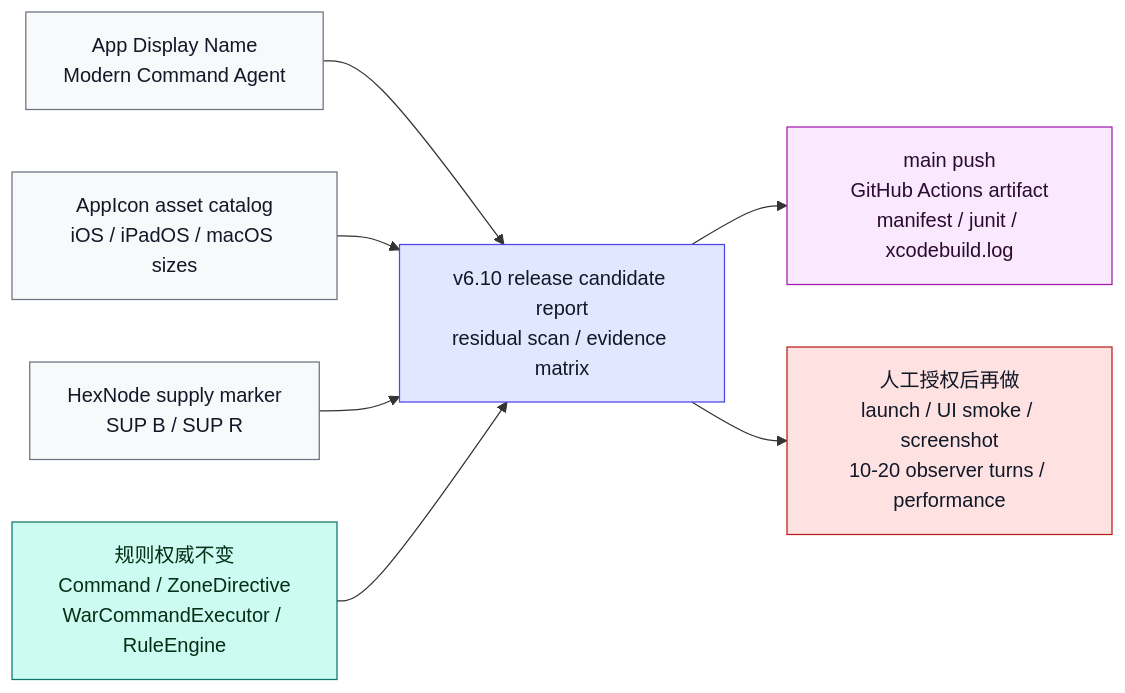
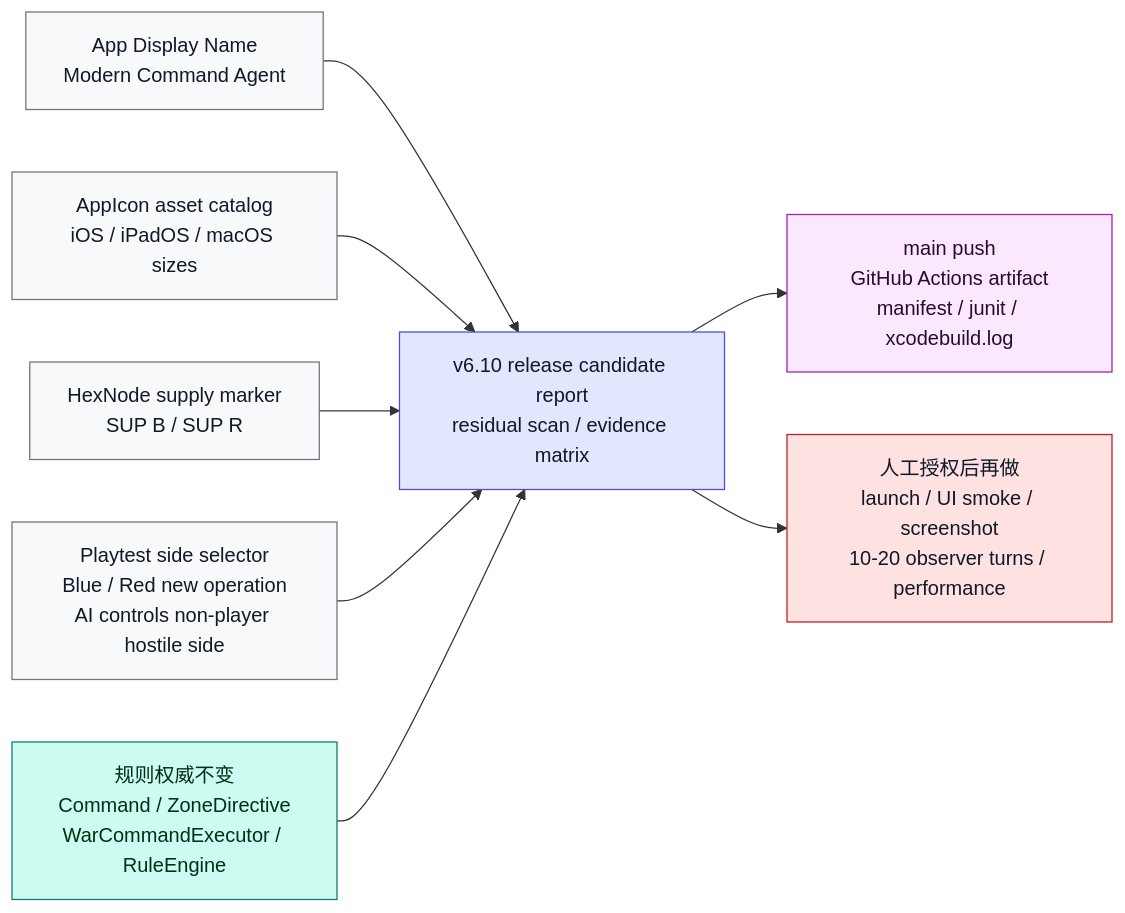
One commit to Altman-sam114/127 changed diagram 12 of 20 in md/flow/flowchart.md. Above: the diagram before and after it, drawn with Mermaid. The commit also changed other lines of this file and 15 other files, not shown here.

Commit message:
feat: add grey tide side selector

````diff
--- a/md/flow/flowchart.md
+++ b/md/flow/flowchart.md
@@ -353,23 +354,25 @@
 ```mermaid
 flowchart LR
     DISPLAY["App Display Name<br/>Modern Command Agent"]:::display
     ICON["AppIcon asset catalog<br/>iOS / iPadOS / macOS sizes"]:::display
     MAP["HexNode supply marker<br/>SUP B / SUP R"]:::display
     REPORT["v6.10 release candidate report<br/>residual scan / evidence matrix"]:::doc
     RULES["规则权威不变<br/>Command / ZoneDirective<br/>WarCommandExecutor / RuleEngine"]:::rules
     CLOUD["main push<br/>GitHub Actions artifact<br/>manifest / junit / xcodebuild.log"]:::cloud
+    SIDE["Playtest side selector<br/>Blue / Red new operation<br/>AI controls non-player hostile side"]:::display
     RUNTIME["人工授权后再做<br/>launch / UI smoke / screenshot<br/>10-20 observer turns / performance"]:::risk
 
     DISPLAY --> REPORT
     ICON --> REPORT
     MAP --> REPORT
+    SIDE --> REPORT
     RULES --> REPORT
     REPORT --> CLOUD
     REPORT --> RUNTIME
 
     classDef display fill:#f8f9fb,stroke:#6b7280,color:#111827
     classDef doc fill:#e0e7ff,stroke:#4f46e5,color:#111827
     classDef rules fill:#ccfbf1,stroke:#0f766e,color:#052e16
     classDef cloud fill:#fae8ff,stroke:#a21caf,color:#2a0a2f
     classDef risk fill:#fee2e2,stroke:#b91c1c,color:#111827
 ```
````
